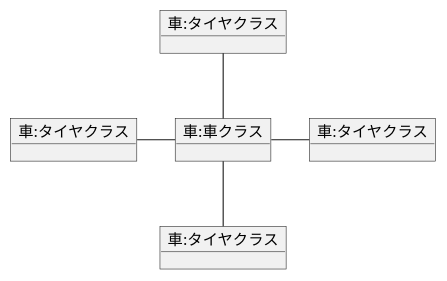
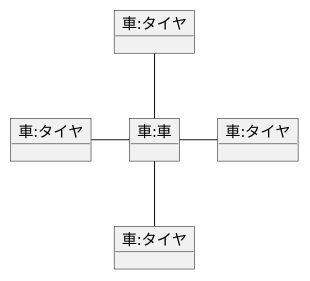
One commit to HIKAKINsan/uml-introduction changed the diagram in 演習3-4_オブジェクト図.pu. Above: the diagram before and after it, drawn with PlantUML. The commit also changed 1 other file, not shown here.

```diff
--- a/演習3-4_オブジェクト図.pu
+++ b/演習3-4_オブジェクト図.pu
@@ -1,22 +1,22 @@
 @startuml 演習３－４
-object "車:車クラス" as car{
+object "車:車" as car{
     
 }
-object "車:タイヤクラス" as tire1{
+object "車:タイヤ" as tire1{
     
 }
-object "車:タイヤクラス" as tire2{
+object "車:タイヤ" as tire2{
     
 }
-object "車:タイヤクラス" as tire3{
+object "車:タイヤ" as tire3{
     
 }
-object "車:タイヤクラス" as tire4{
+object "車:タイヤ" as tire4{
     
 }
 car-up-tire1
 car-down-tire2
 car-ri-tire3
 car-le-tire4
 
 @enduml
```
